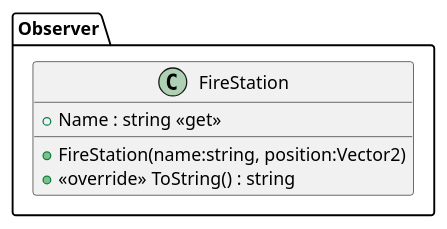
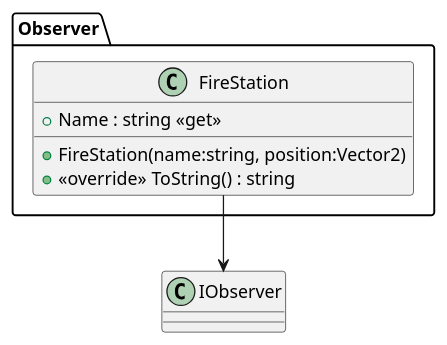
The diagram in TO_Lab_5/puml-classes/FireStation.puml (john-bartu/cut-oot), drawn with PlantUML before and after one commit. The commit also changed 11 other files, not shown here.

Commit message:
Observer UML

```diff
--- a/TO_Lab_5/puml-classes/FireStation.puml
+++ b/TO_Lab_5/puml-classes/FireStation.puml
@@ -1,10 +1,12 @@
 @startuml
 
 package Observer{
-class FireStation {
-    + Name : string <<get>>
-    + FireStation(name:string, position:Vector2)
-    + <<override>> ToString() : string
+    class FireStation {
+        + Name : string <<get>>
+        + FireStation(name:string, position:Vector2)
+        + <<override>> ToString() : string
+    }
 }
-}
+
+FireStation --> IObserver
 @enduml
```
